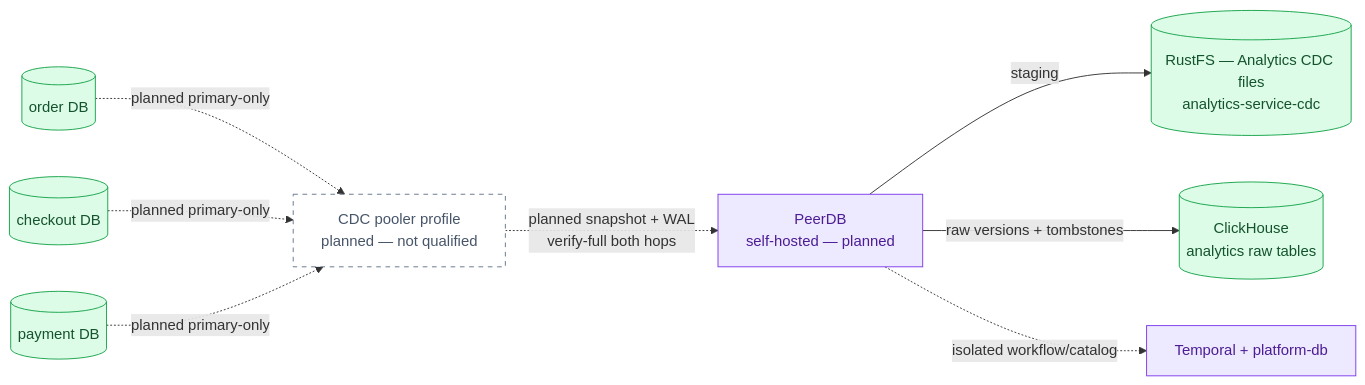
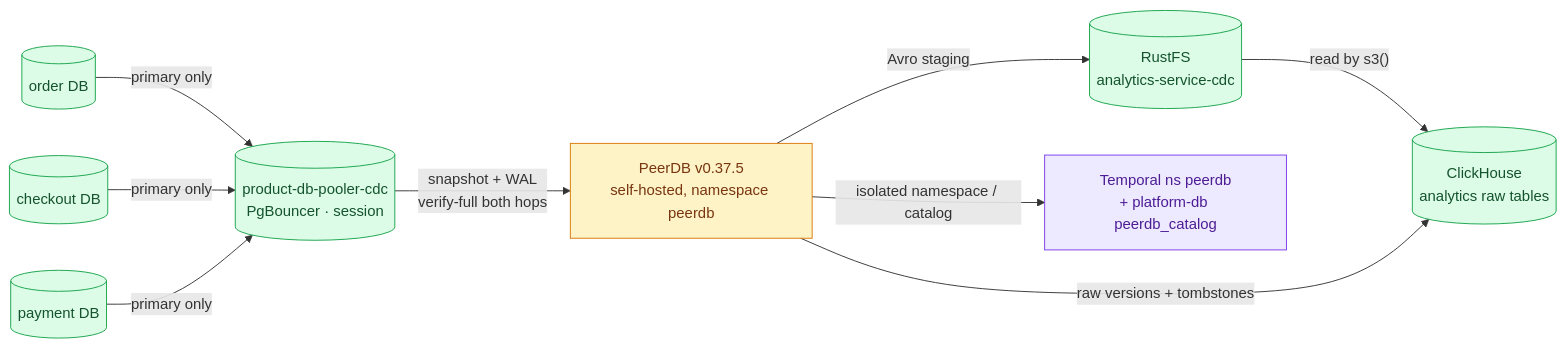
One commit to duynhlab/homelab changed the diagram in docs/proposals/adr/ADR-066-adopt-peerdb-for-commerce-cdc/README.md. Above: the diagram before and after it, drawn with Mermaid. The commit also changed other lines of this file and 11 other files, not shown here.

Commit message:
Redraw RFC-0030's Mermaid diagrams as deployed (#1385)

````diff
--- a/docs/proposals/adr/ADR-066-adopt-peerdb-for-commerce-cdc/README.md
+++ b/docs/proposals/adr/ADR-066-adopt-peerdb-for-commerce-cdc/README.md
@@ -101,17 +103,18 @@
 ```mermaid
 flowchart LR
-    O[("order DB")] -.->|"planned primary-only"| CP["CDC pooler profile<br/>planned — not qualified"]
-    C[("checkout DB")] -.->|"planned primary-only"| CP
-    M[("payment DB")] -.->|"planned primary-only"| CP
-    CP -.->|"planned snapshot + WAL<br/>verify-full both hops"| P["PeerDB<br/>self-hosted — planned"]
-    P -->|"staging"| R[("RustFS — Analytics CDC files<br/>analytics-service-cdc")]
-    P -->|"raw versions + tombstones"| CH[("ClickHouse<br/>analytics raw tables")]
-    P -.->|"isolated workflow/catalog"| D["Temporal + platform-db"]
+    O[("order DB")] -->|"primary only"| CP[("product-db-pooler-cdc<br/>PgBouncer · session")]
+    C[("checkout DB")] -->|"primary only"| CP
+    M[("payment DB")] -->|"primary only"| CP
+    CP -->|"snapshot + WAL<br/>verify-full both hops"| P["PeerDB v0.37.5<br/>self-hosted, namespace peerdb"]
+    P -->|"Avro staging"| R[("RustFS<br/>analytics-service-cdc")]
+    R -->|"read by s3()"| CH[("ClickHouse<br/>analytics raw tables")]
+    P -->|"raw versions + tombstones"| CH
+    P -->|"isolated namespace / catalog"| D["Temporal ns peerdb<br/>+ platform-db peerdb_catalog"]
 
-    classDef planned fill:#fff,color:#475569,stroke:#64748b,stroke-dasharray:5 5;
-    class CP planned;
     classDef platform fill:#ede9fe,color:#4c1d95,stroke:#7c3aed;
+    classDef worker fill:#fef3c7,color:#78350f,stroke:#d97706;
     classDef data fill:#dcfce7,color:#14532d,stroke:#16a34a;
-    class O,C,M,R,CH data;
-    class P,D platform;
+    class O,C,M,CP,R,CH data;
+    class P worker;
+    class D platform;
 ```
````
